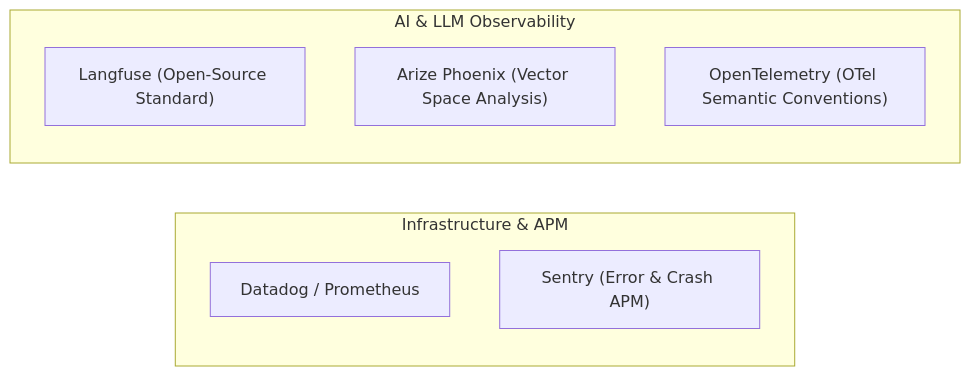
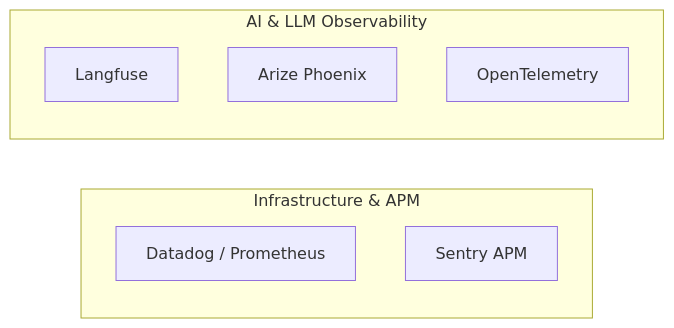
Before and after one commit to Souheil007/Rag_Full_Version: the second of 2 diagrams in docs/OBSERVABILITY_VS_MONITORING.md, drawn with Mermaid. The commit also changed other lines of this file and 6 other files, not shown here.

Commit message:
docs: standardize all Mermaid diagrams across docs and plans to clean flowchart format

````diff
--- a/docs/OBSERVABILITY_VS_MONITORING.md
+++ b/docs/OBSERVABILITY_VS_MONITORING.md
@@ -61,13 +59,13 @@
 ```mermaid
 flowchart LR
-    subgraph Infrastructure_APM["Infrastructure & APM"]
+    subgraph APM ["Infrastructure & APM"]
         D["Datadog / Prometheus"]
-        S["Sentry (Error & Crash APM)"]
+        S["Sentry APM"]
     end
 
-    subgraph LLM_Observability["AI & LLM Observability"]
-        L["Langfuse (Open-Source Standard)"]
-        P["Arize Phoenix (Vector Space Analysis)"]
-        O["OpenTelemetry (OTel Semantic Conventions)"]
+    subgraph Observability ["AI & LLM Observability"]
+        L["Langfuse"]
+        P["Arize Phoenix"]
+        O["OpenTelemetry"]
     end
 ```
````
